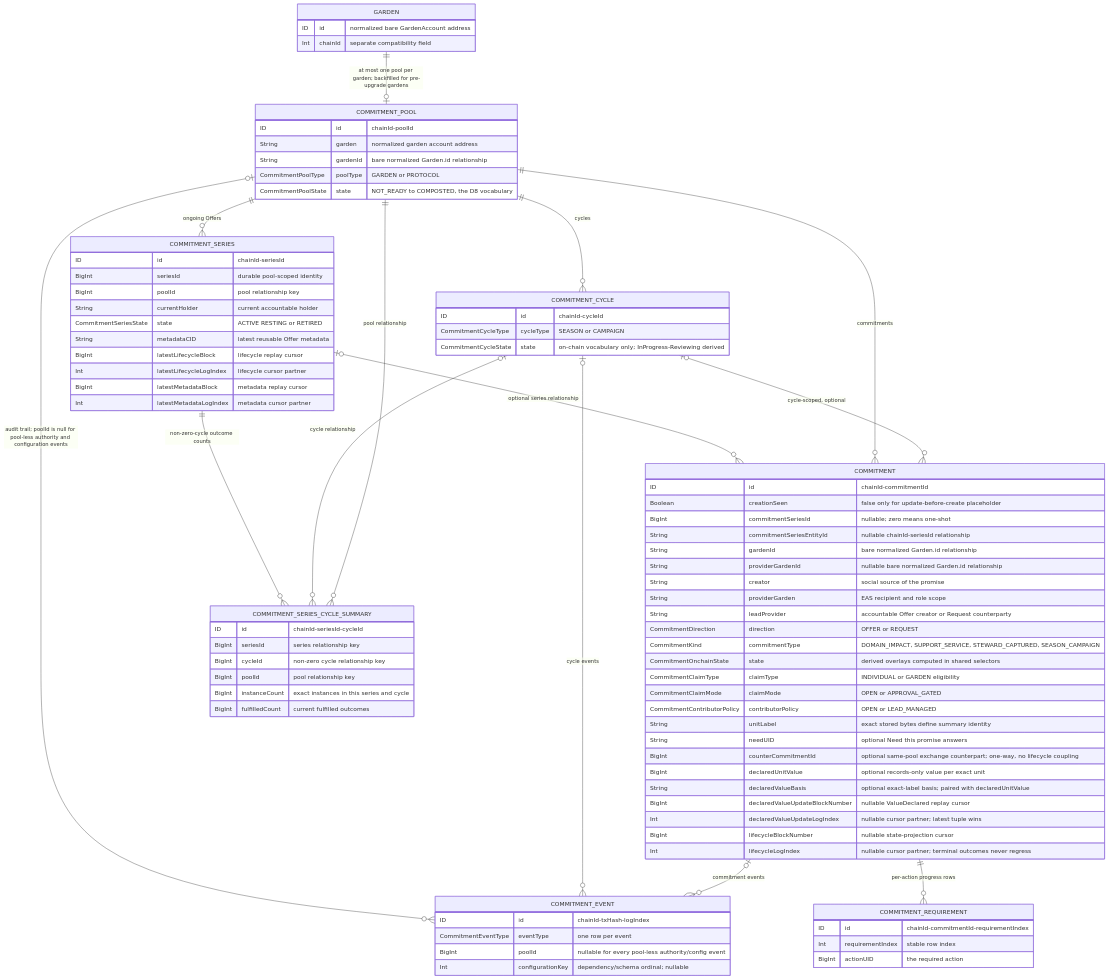
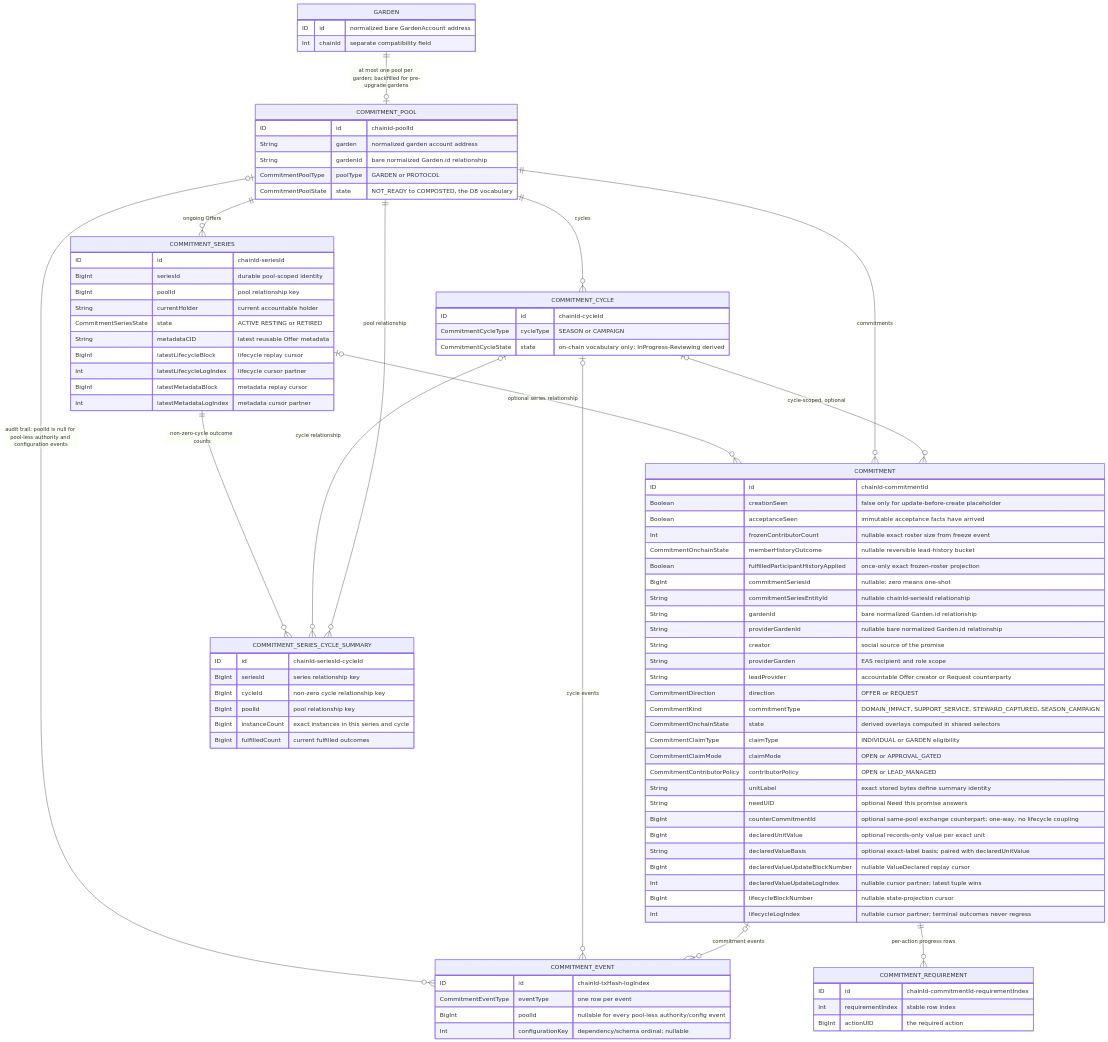
Before and after one commit to greenpill-dev-guild/green-goods: diagram 23 of 40 in .plans/active/commitment-pooling/diagrams.md, drawn with Mermaid. The commit also changed other lines of this file and 7 other files, not shown here.

```diff
--- a/.plans/active/commitment-pooling/diagrams.md
+++ b/.plans/active/commitment-pooling/diagrams.md
@@ -1245,6 +1245,10 @@
   COMMITMENT {
     ID id "chainId-commitmentId"
     Boolean creationSeen "false only for update-before-create placeholder"
+    Boolean acceptanceSeen "immutable acceptance facts have arrived"
+    Int frozenContributorCount "nullable exact roster size from freeze event"
+    CommitmentOnchainState memberHistoryOutcome "nullable reversible lead-history bucket"
+    Boolean fulfilledParticipantHistoryApplied "once-only exact frozen-roster projection"
     BigInt commitmentSeriesId "nullable; zero means one-shot"
     String commitmentSeriesEntityId "nullable chainId-seriesId relationship"
     String gardenId "bare normalized Garden.id relationship"
```
